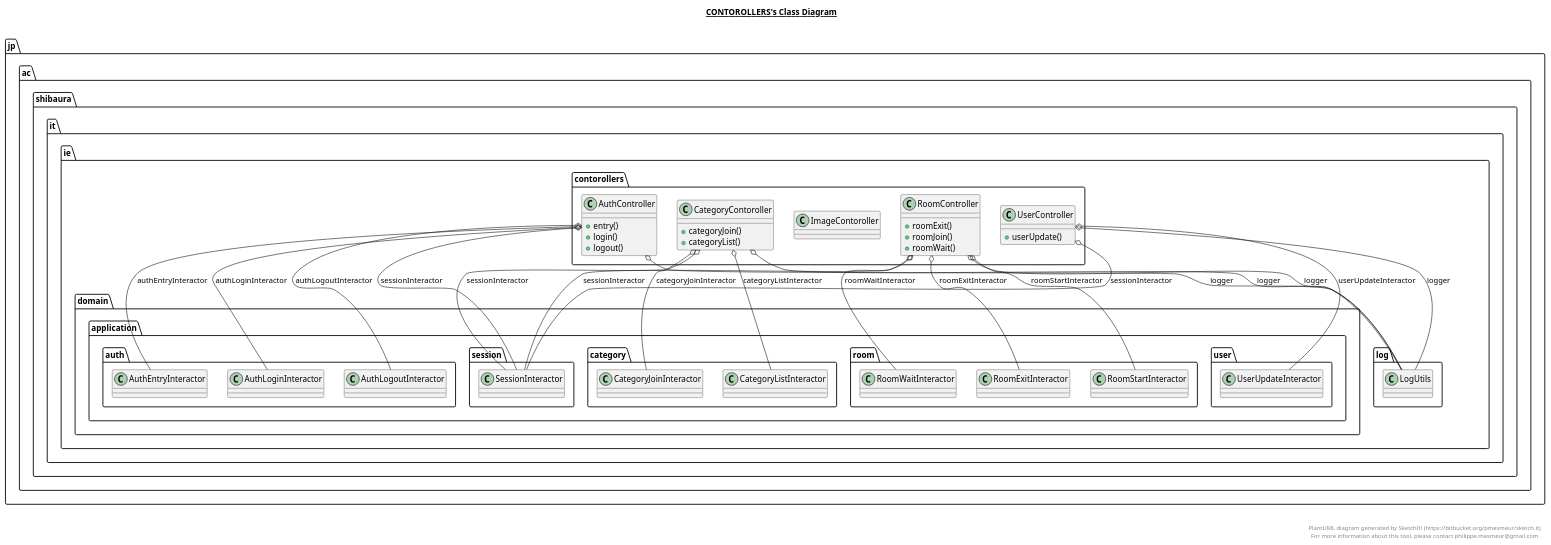
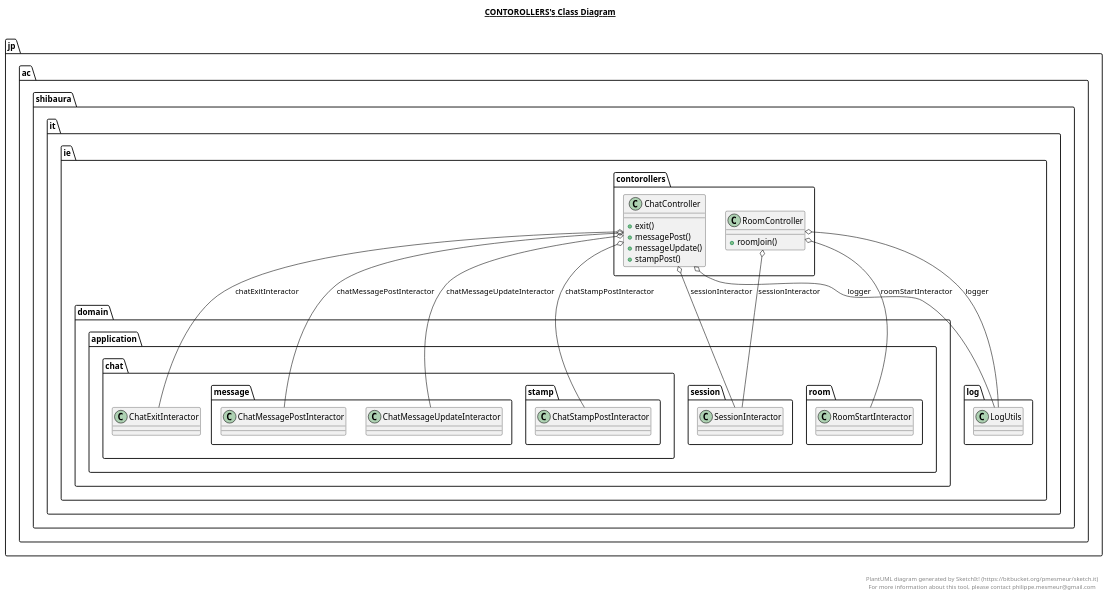
One commit to THEToilet/chatAppServer changed the diagram in target/classes/jp/ac/shibaura/it/ie/contorollers/contorollers.plantuml. Above: the diagram before and after it, drawn with PlantUML. The commit also changed 52 other files, not shown here.

```diff
--- a/target/classes/jp/ac/shibaura/it/ie/contorollers/contorollers.plantuml
+++ b/target/classes/jp/ac/shibaura/it/ie/contorollers/contorollers.plantuml
@@ -1,80 +1,44 @@
 @startuml
 
 title __CONTOROLLERS's Class Diagram__\n
 
   namespace jp.ac.shibaura.it.ie {
     namespace contorollers {
-      class jp.ac.shibaura.it.ie.contorollers.AuthController {
-          + entry()
-          + login()
-          + logout()
-      }
-    }
-  }
-  
-
-  namespace jp.ac.shibaura.it.ie {
-    namespace contorollers {
-      class jp.ac.shibaura.it.ie.contorollers.CategoryContoroller {
-          + categoryJoin()
-          + categoryList()
-      }
-    }
-  }
-  
-
-  namespace jp.ac.shibaura.it.ie {
-    namespace contorollers {
-      class jp.ac.shibaura.it.ie.contorollers.ImageContoroller {
+      class jp.ac.shibaura.it.ie.contorollers.ChatController {
+          + exit()
+          + messagePost()
+          + messageUpdate()
+          + stampPost()
       }
     }
   }
   
 
   namespace jp.ac.shibaura.it.ie {
     namespace contorollers {
       class jp.ac.shibaura.it.ie.contorollers.RoomController {
-          + roomExit()
           + roomJoin()
-          + roomWait()
       }
     }
   }
   
 
-  namespace jp.ac.shibaura.it.ie {
-    namespace contorollers {
-      class jp.ac.shibaura.it.ie.contorollers.UserController {
-          + userUpdate()
-      }
-    }
-  }
-  
-
-  jp.ac.shibaura.it.ie.contorollers.AuthController o-- jp.ac.shibaura.it.ie.domain.application.auth.AuthEntryInteractor : authEntryInteractor
-  jp.ac.shibaura.it.ie.contorollers.AuthController o-- jp.ac.shibaura.it.ie.domain.application.auth.AuthLoginInteractor : authLoginInteractor
-  jp.ac.shibaura.it.ie.contorollers.AuthController o-- jp.ac.shibaura.it.ie.domain.application.auth.AuthLogoutInteractor : authLogoutInteractor
-  jp.ac.shibaura.it.ie.contorollers.AuthController o-- jp.ac.shibaura.it.ie.log.LogUtils : logger
-  jp.ac.shibaura.it.ie.contorollers.AuthController o-- jp.ac.shibaura.it.ie.domain.application.session.SessionInteractor : sessionInteractor
-  jp.ac.shibaura.it.ie.contorollers.CategoryContoroller o-- jp.ac.shibaura.it.ie.domain.application.category.CategoryJoinInteractor : categoryJoinInteractor
-  jp.ac.shibaura.it.ie.contorollers.CategoryContoroller o-- jp.ac.shibaura.it.ie.domain.application.category.CategoryListInteractor : categoryListInteractor
-  jp.ac.shibaura.it.ie.contorollers.CategoryContoroller o-- jp.ac.shibaura.it.ie.log.LogUtils : logger
-  jp.ac.shibaura.it.ie.contorollers.CategoryContoroller o-- jp.ac.shibaura.it.ie.domain.application.session.SessionInteractor : sessionInteractor
+  jp.ac.shibaura.it.ie.contorollers.ChatController o-- jp.ac.shibaura.it.ie.domain.application.chat.ChatExitInteractor : chatExitInteractor
+  jp.ac.shibaura.it.ie.contorollers.ChatController o-- jp.ac.shibaura.it.ie.domain.application.chat.message.ChatMessagePostInteractor : chatMessagePostInteractor
+  jp.ac.shibaura.it.ie.contorollers.ChatController o-- jp.ac.shibaura.it.ie.domain.application.chat.message.ChatMessageUpdateInteractor : chatMessageUpdateInteractor
+  jp.ac.shibaura.it.ie.contorollers.ChatController o-- jp.ac.shibaura.it.ie.domain.application.chat.stamp.ChatStampPostInteractor : chatStampPostInteractor
+  jp.ac.shibaura.it.ie.contorollers.ChatController o-- jp.ac.shibaura.it.ie.log.LogUtils : logger
+  jp.ac.shibaura.it.ie.contorollers.ChatController o-- jp.ac.shibaura.it.ie.domain.application.session.SessionInteractor : sessionInteractor
   jp.ac.shibaura.it.ie.contorollers.RoomController o-- jp.ac.shibaura.it.ie.log.LogUtils : logger
-  jp.ac.shibaura.it.ie.contorollers.RoomController o-- jp.ac.shibaura.it.ie.domain.application.room.RoomExitInteractor : roomExitInteractor
   jp.ac.shibaura.it.ie.contorollers.RoomController o-- jp.ac.shibaura.it.ie.domain.application.room.RoomStartInteractor : roomStartInteractor
-  jp.ac.shibaura.it.ie.contorollers.RoomController o-- jp.ac.shibaura.it.ie.domain.application.room.RoomWaitInteractor : roomWaitInteractor
   jp.ac.shibaura.it.ie.contorollers.RoomController o-- jp.ac.shibaura.it.ie.domain.application.session.SessionInteractor : sessionInteractor
-  jp.ac.shibaura.it.ie.contorollers.UserController o-- jp.ac.shibaura.it.ie.domain.application.user.UserUpdateInteractor : userUpdateInteractor
-  jp.ac.shibaura.it.ie.contorollers.UserController o-- jp.ac.shibaura.it.ie.log.LogUtils : logger
-  jp.ac.shibaura.it.ie.contorollers.UserController o-- jp.ac.shibaura.it.ie.domain.application.session.SessionInteractor : sessionInteractor
 
 
 right footer
 
 
 PlantUML diagram generated by SketchIt! (https://bitbucket.org/pmesmeur/sketch.it)
 For more information about this tool, please contact philippe.mesmeur@gmail.com
 endfooter
 
 @enduml
```
